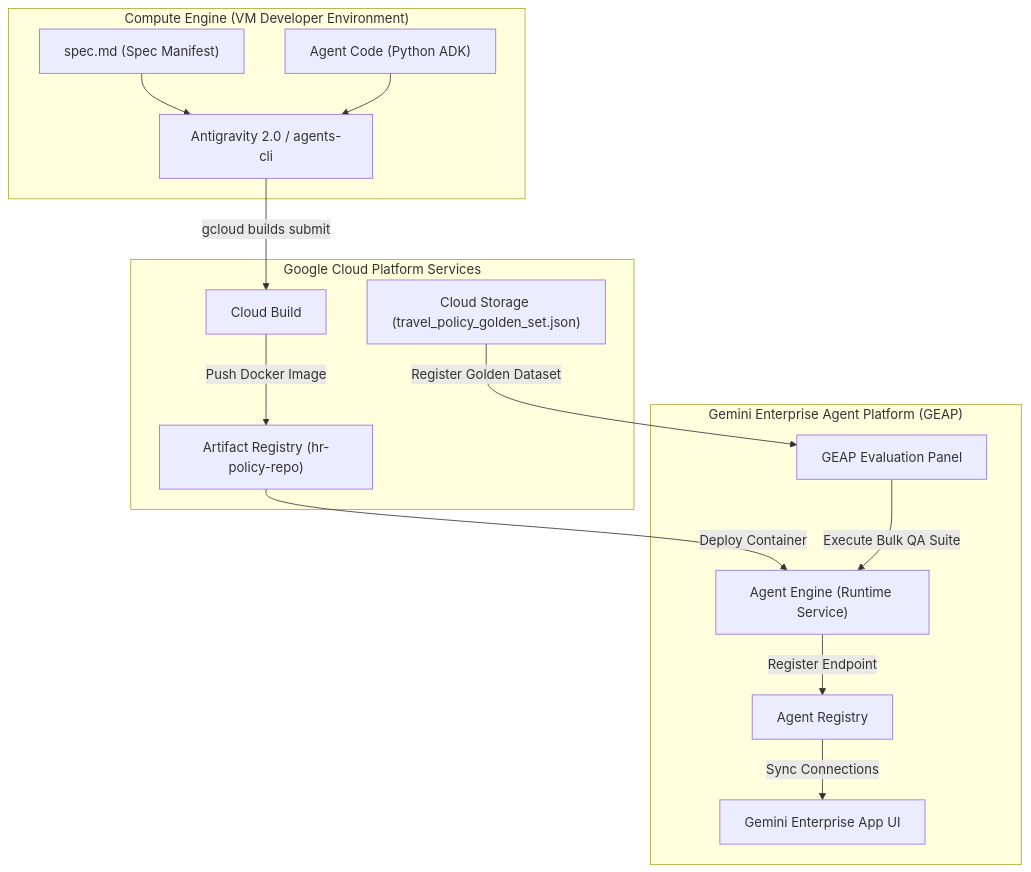
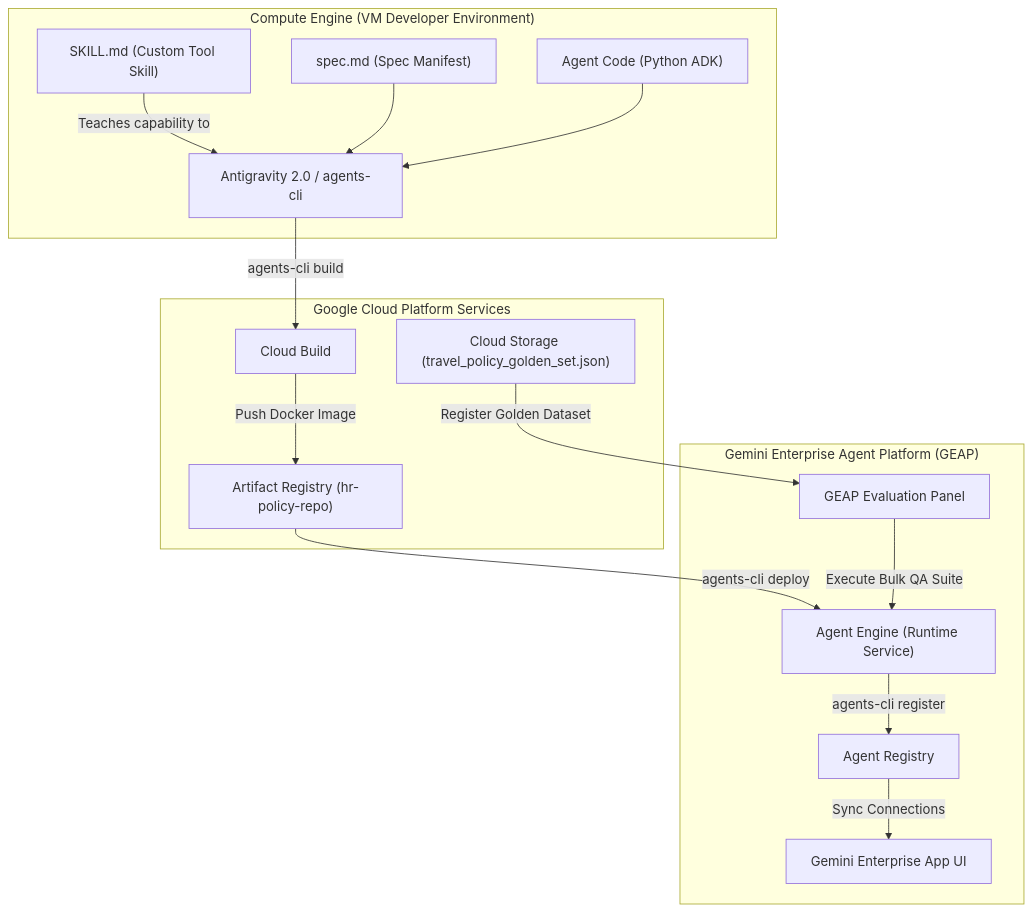
The diagram in module3-3.6/travel_policy_challenge_lab/LAB_GUIDE.md (IshmeetMehta/module3), drawn with Mermaid before and after one commit. The commit also changed other lines of this file and 4 other files, not shown here.

````diff
--- a/module3-3.6/travel_policy_challenge_lab/LAB_GUIDE.md
+++ b/module3-3.6/travel_policy_challenge_lab/LAB_GUIDE.md
@@ -52,31 +68,33 @@
 ```mermaid
 graph TD
     subgraph "Compute Engine (VM Developer Environment)"
         dev["Antigravity 2.0 / agents-cli"]
         spec["spec.md (Spec Manifest)"]
         code["Agent Code (Python ADK)"]
+        skill["SKILL.md (Custom Tool Skill)"]
     end
 
     subgraph "Google Cloud Platform Services"
         cb["Cloud Build"]
         ar["Artifact Registry (hr-policy-repo)"]
         gcs["Cloud Storage (travel_policy_golden_set.json)"]
     end
 
     subgraph "Gemini Enterprise Agent Platform (GEAP)"
         ae["Agent Engine (Runtime Service)"]
         areg["Agent Registry"]
         geapp["Gemini Enterprise App UI"]
         eval["GEAP Evaluation Panel"]
     end
 
+    skill -->|Teaches capability to| dev
     spec --> dev
     code --> dev
-    dev -->|gcloud builds submit| cb
+    dev -->|agents-cli build| cb
     cb -->|Push Docker Image| ar
-    ar -->|Deploy Container| ae
-    ae -->|Register Endpoint| areg
+    ar -->|agents-cli deploy| ae
+    ae -->|agents-cli register| areg
     areg -->|Sync Connections| geapp
     gcs -->|Register Golden Dataset| eval
     eval -->|Execute Bulk QA Suite| ae
 ```
````
